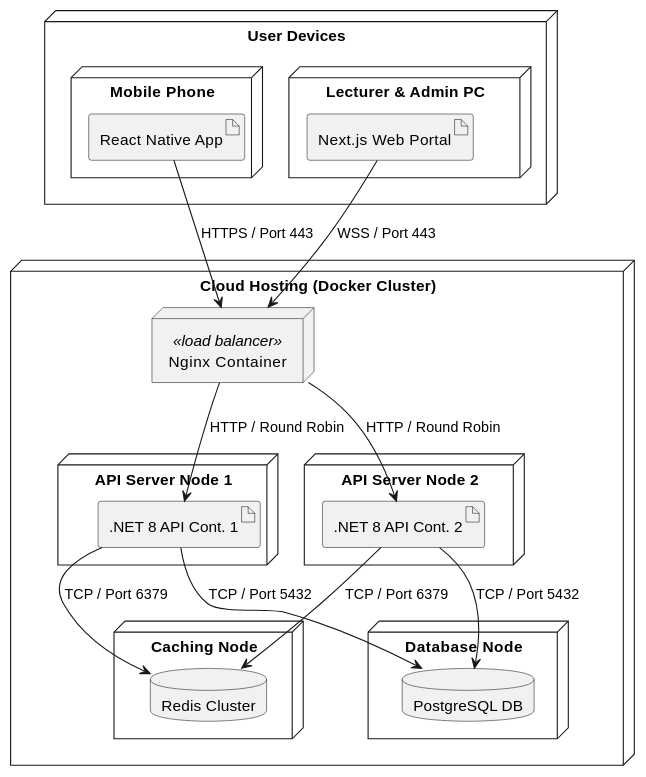
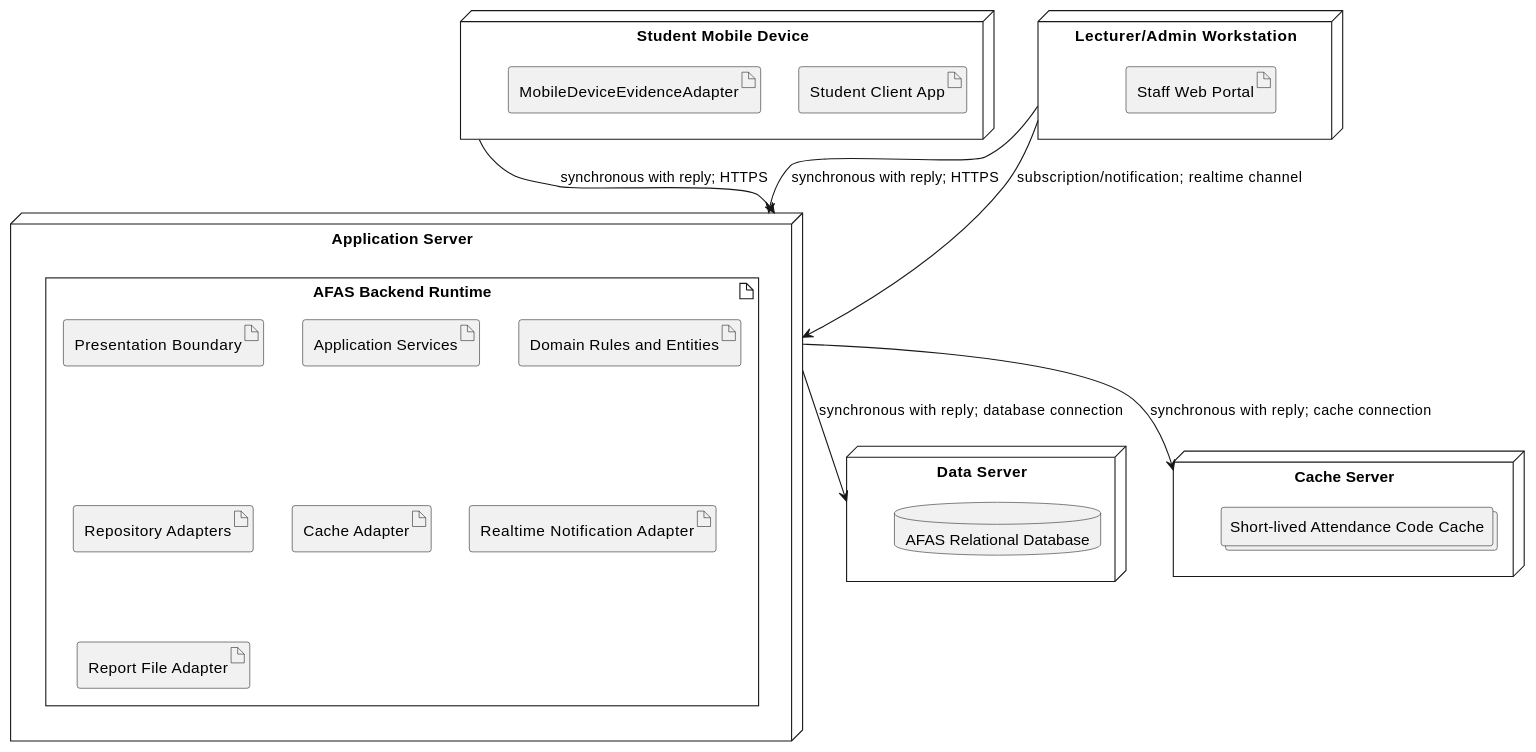
The fifth of 7 diagrams in docs/sds/3_Design.md (nttung42/SWD392), drawn with PlantUML before and after one commit. The commit also changed other lines of this file, not shown here.

````diff
--- a/docs/sds/3_Design.md
+++ b/docs/sds/3_Design.md
@@ -303,89 +433,40 @@
 ```plantuml
-
 @startuml
-
 skinparam style strictuml
 
-
-
-node "User Devices" {
-
-    node "Mobile Phone" as Mobile {
-
-        artifact "React Native App" as App
-
-    }
-
-    node "Lecturer & Admin PC" as PC {
-
-        artifact "Next.js Web Portal" as Web
-
-    }
-
+node "Student Mobile Device" as StudentDevice {
+  artifact "Student Client App"
+  artifact "MobileDeviceEvidenceAdapter"
 }
 
-
-
-node "Cloud Hosting (Docker Cluster)" as Cloud {
-
-    node "Nginx Container" as Nginx <<load balancer>>
-
-    
-
-    node "API Server Node 1" as Node1 {
-
-        artifact ".NET 8 API Cont. 1" as API1
-
-    }
-
-    node "API Server Node 2" as Node2 {
-
-        artifact ".NET 8 API Cont. 2" as API2
-
-    }
-
-    
-
-    node "Caching Node" as Cache {
-
-        database "Redis Cluster" as Redis
-
-    }
-
-    
-
-    node "Database Node" as DBNode {
-
-        database "PostgreSQL DB" as PG
-
-    }
-
+node "Lecturer/Admin Workstation" as StaffDevice {
+  artifact "Staff Web Portal"
 }
 
+node "Application Server" as AppServer {
+  artifact "AFAS Backend Runtime" {
+    artifact "Presentation Boundary"
+    artifact "Application Services"
+    artifact "Domain Rules and Entities"
+    artifact "Repository Adapters"
+    artifact "Cache Adapter"
+    artifact "Realtime Notification Adapter"
+    artifact "Report File Adapter"
+  }
+}
 
+node "Data Server" as DataServer {
+  database "AFAS Relational Database"
+}
 
-App --> Nginx : "HTTPS / Port 443"
+node "Cache Server" as CacheServer {
+  collections "Short-lived Attendance Code Cache"
+}
 
-Web --> Nginx : "WSS / Port 443"
-
-
-
-Nginx --> API1 : "HTTP / Round Robin"
-
-Nginx --> API2 : "HTTP / Round Robin"
-
-
-
-API1 --> Redis : "TCP / Port 6379"
-
-API2 --> Redis : "TCP / Port 6379"
-
-
-
-API1 --> PG : "TCP / Port 5432"
-
-API2 --> PG : "TCP / Port 5432"
-
+StudentDevice --> AppServer : synchronous with reply; HTTPS
+StaffDevice --> AppServer : synchronous with reply; HTTPS
+StaffDevice --> AppServer : subscription/notification; realtime channel
+AppServer --> DataServer : synchronous with reply; database connection
+AppServer --> CacheServer : synchronous with reply; cache connection
 @enduml
-
 ```
````
